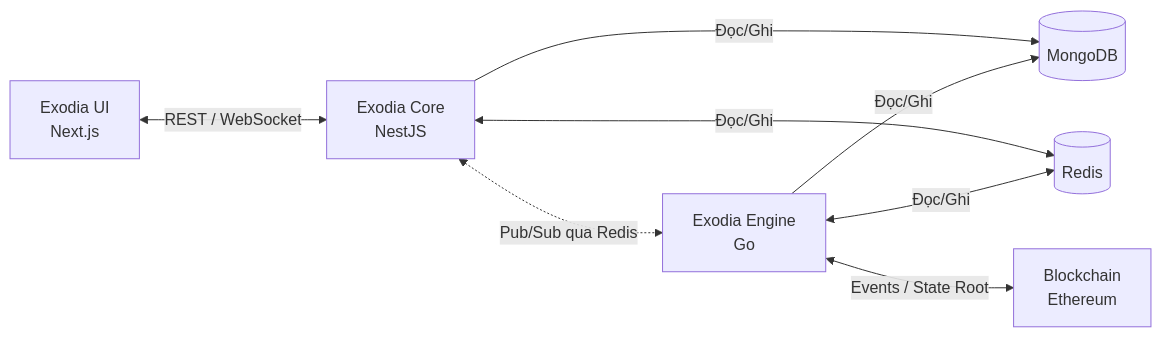
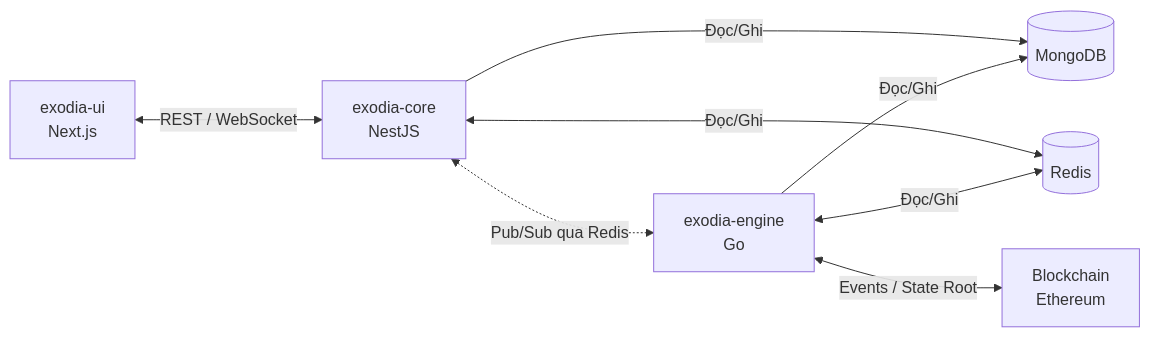
The diagram in README.md (anotherath/exodia-core), drawn with Mermaid before and after one commit. The commit also changed other lines of this file, not shown here.

````diff
--- a/README.md
+++ b/README.md
@@ -42,10 +42,10 @@
 ```mermaid
 graph LR
-    UI[Exodia UI<br/>Next.js] <-->|REST / WebSocket| CORE[Exodia Core<br/>NestJS]
+    UI[exodia-ui<br/>Next.js] <-->|REST / WebSocket| CORE[exodia-core<br/>NestJS]
     CORE -->|Đọc/Ghi| DB[(MongoDB)]
     CORE <-->|Đọc/Ghi| REDIS[(Redis)]
-    ENGINE[Exodia Engine<br/>Go] -->|Đọc/Ghi| DB
+    ENGINE[exodia-engine<br/>Go] -->|Đọc/Ghi| DB
     ENGINE <-->|Đọc/Ghi| REDIS
     CORE <-.->|Pub/Sub qua Redis| ENGINE
     ENGINE <-->|Events / State Root| BC[Blockchain<br/>Ethereum]
 ```
````
